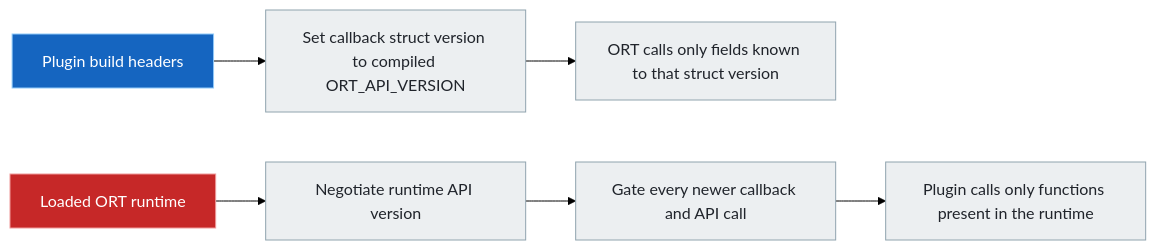
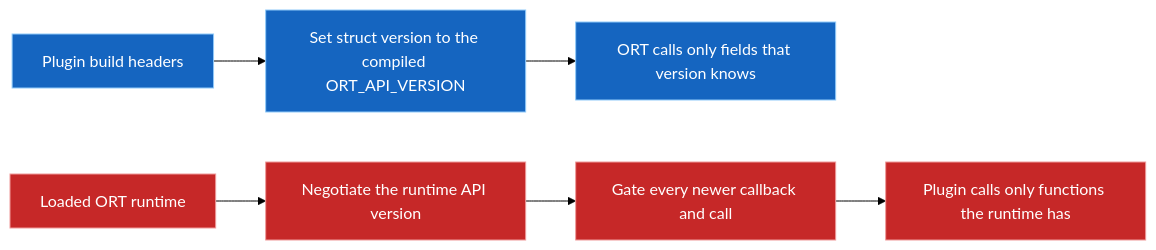
The tenth of 13 diagrams in PluginEP/README.md (DakeQQ/Tutorial-ONNX-Runtime-Execution-Providers), drawn with Mermaid (forest theme) before and after one commit. The commit also changed other lines of this file and 15 other files, not shown here.

````diff
--- a/PluginEP/README.md
+++ b/PluginEP/README.md
@@ -368,14 +375,14 @@
 ```mermaid
 flowchart LR
-    H["Plugin build headers"] --> S["Set callback struct version to compiled ORT_API_VERSION"]
-    S --> O["ORT calls only fields known to that struct version"]
+    H["Plugin build headers"] --> S["Set struct version to the compiled ORT_API_VERSION"]
+    S --> O["ORT calls only fields that version knows"]
 
-    R["Loaded ORT runtime"] --> A["Negotiate runtime API version"]
-    A --> G["Gate every newer callback and API call"]
-    G --> P["Plugin calls only functions present in the runtime"]
+    R["Loaded ORT runtime"] --> A["Negotiate the runtime API version"]
+    A --> Gt["Gate every newer callback and call"]
+    Gt --> P["Plugin calls only functions the runtime has"]
 
-    style H fill:#1565c0,stroke:#90caf9,color:#ffffff
-    style R fill:#c62828,stroke:#ef9a9a,color:#ffffff
-    classDef leaf fill:#eceff1,stroke:#90a4ae,color:#20242b
-    class S,O,A,G,P leaf
+    class H,S,O blue
+    class R,A,Gt,P red
+    classDef blue fill:#1565c0,stroke:#90caf9,color:#ffffff
+    classDef red fill:#c62828,stroke:#ef9a9a,color:#ffffff
 ```
````
